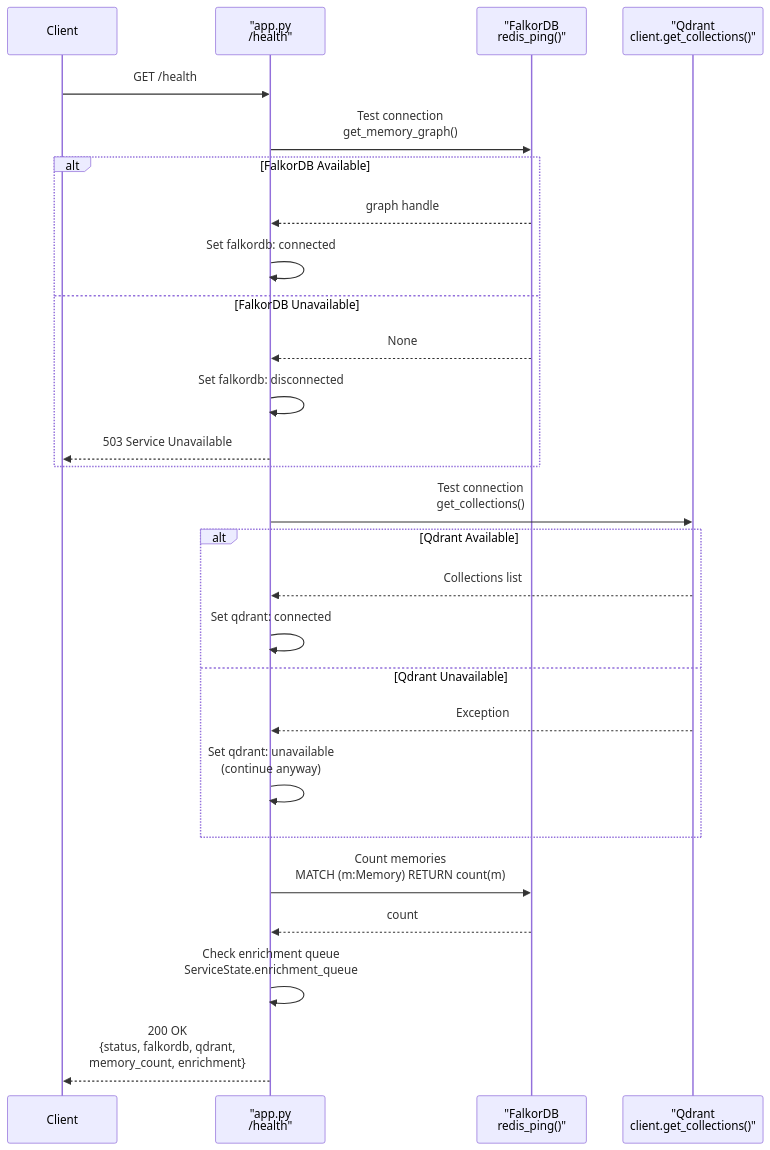
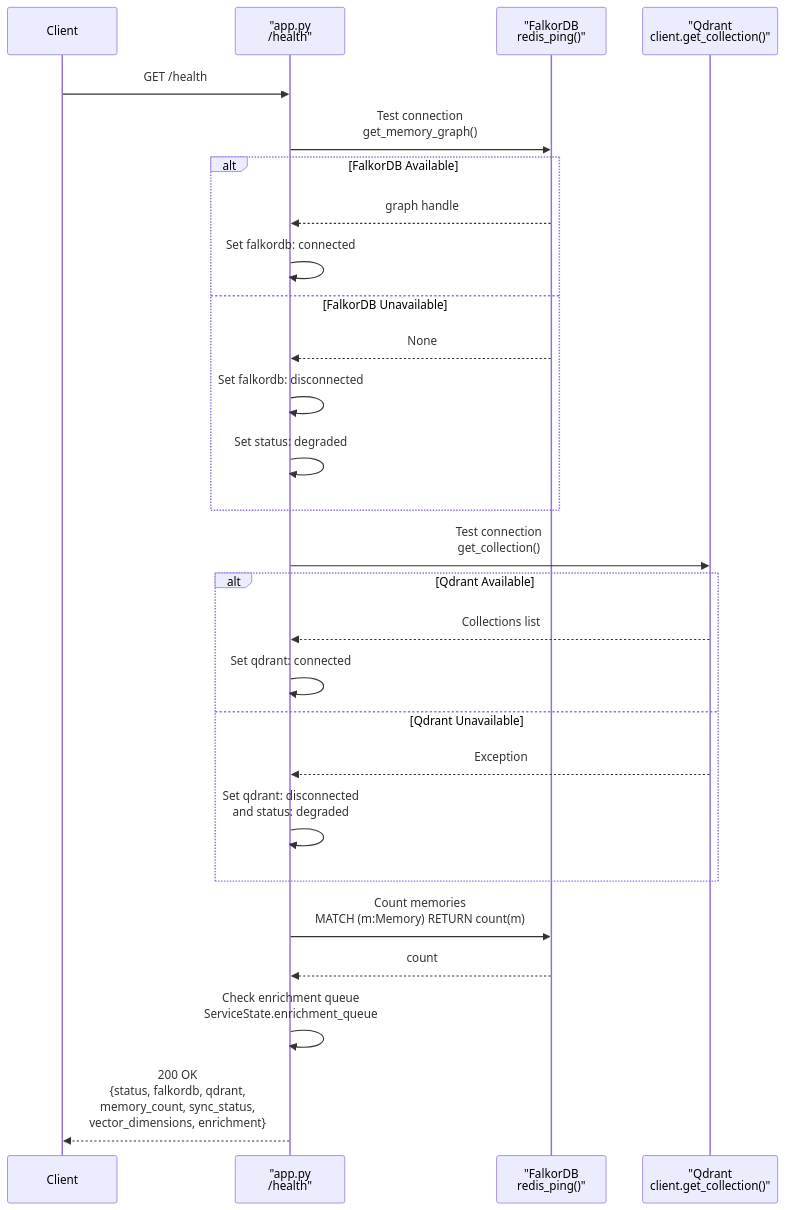
One commit to verygoodplugins/automem-website changed the second of 6 diagrams in src/content/docs/docs/operations/health.md. Above: the diagram before and after it, drawn with Mermaid. The commit also changed other lines of this file and 3 other files, not shown here.

````diff
--- a/src/content/docs/docs/operations/health.md
+++ b/src/content/docs/docs/operations/health.md
@@ -142,35 +163,35 @@
 ```mermaid
 sequenceDiagram
     participant Client
     participant API as "app.py<br/>/health"
     participant Falkor as "FalkorDB<br/>redis_ping()"
-    participant Qdrant as "Qdrant<br/>client.get_collections()"
+    participant Qdrant as "Qdrant<br/>client.get_collection()"
 
     Client->>API: GET /health
 
     API->>Falkor: Test connection<br/>get_memory_graph()
     alt FalkorDB Available
         Falkor-->>API: graph handle
         API->>API: Set falkordb: connected
     else FalkorDB Unavailable
         Falkor-->>API: None
         API->>API: Set falkordb: disconnected
-        API-->>Client: 503 Service Unavailable
+        API->>API: Set status: degraded
     end
 
-    API->>Qdrant: Test connection<br/>get_collections()
+    API->>Qdrant: Test connection<br/>get_collection()
     alt Qdrant Available
         Qdrant-->>API: Collections list
         API->>API: Set qdrant: connected
     else Qdrant Unavailable
         Qdrant-->>API: Exception
-        API->>API: Set qdrant: unavailable<br/>(continue anyway)
+        API->>API: Set qdrant: disconnected<br/>and status: degraded
     end
 
     API->>Falkor: Count memories<br/>MATCH (m:Memory) RETURN count(m)
     Falkor-->>API: count
 
     API->>API: Check enrichment queue<br/>ServiceState.enrichment_queue
 
-    API-->>Client: 200 OK<br/>{status, falkordb, qdrant,<br/>memory_count, enrichment}
+    API-->>Client: 200 OK<br/>{status, falkordb, qdrant,<br/>memory_count, sync_status,<br/>vector_dimensions, enrichment}
 ```
````
